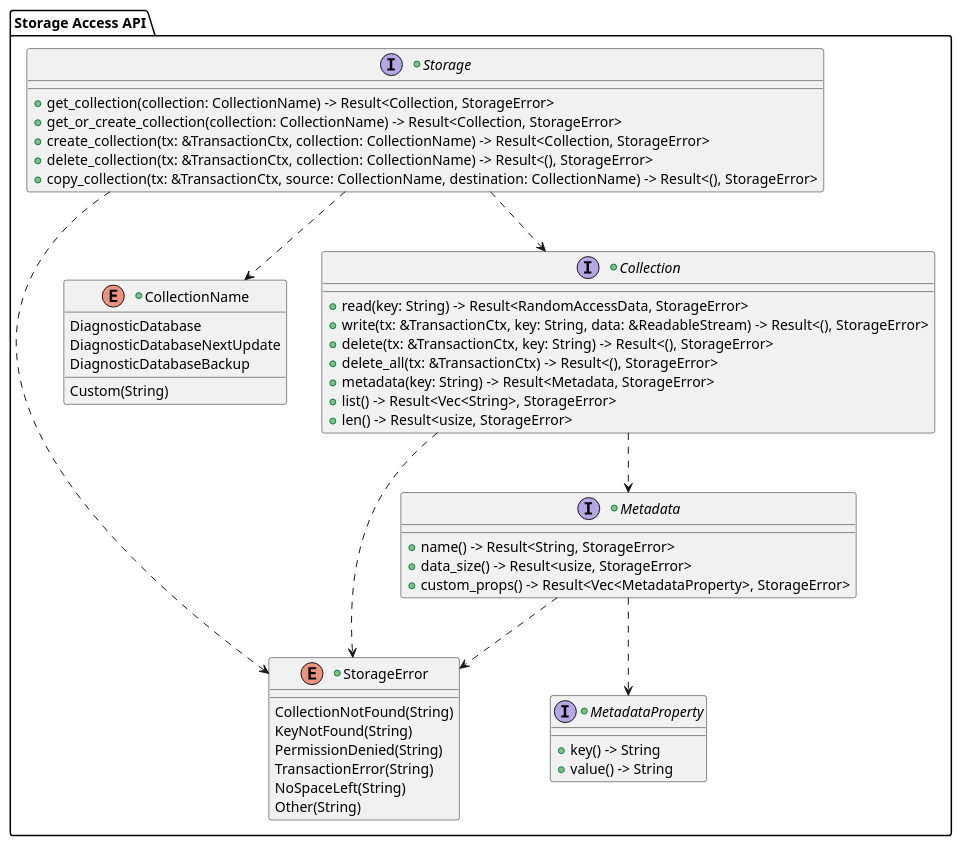
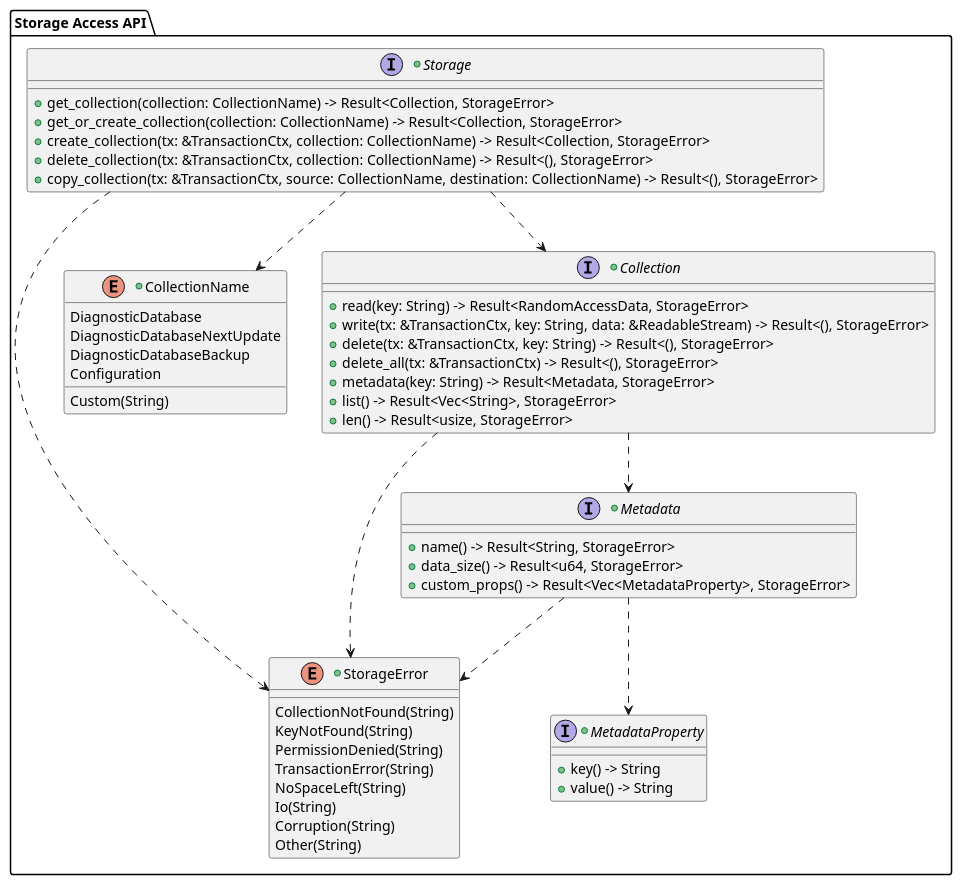
The first of 3 diagrams in docs/03_architecture/01_general.rst (eclipse-opensovd/classic-diagnostic-adapter), drawn with PlantUML before and after one commit. The commit also changed 171 other files, not shown here.

```diff
--- a/docs/03_architecture/01_general.rst
+++ b/docs/03_architecture/01_general.rst
@@ -30,58 +30,61 @@
     .. uml::
 
         @startuml
         package "Storage Access API" {
             +enum StorageError {
                 CollectionNotFound(String)
                 KeyNotFound(String)
                 PermissionDenied(String)
                 TransactionError(String)
                 NoSpaceLeft(String)
+                Io(String)
+                Corruption(String)
                 Other(String)
             }
 
             +enum CollectionName {
                 DiagnosticDatabase
                 DiagnosticDatabaseNextUpdate
                 DiagnosticDatabaseBackup
+                Configuration
                 Custom(String)
             }
 
             +interface Storage {
                 +get_collection(collection: CollectionName) -> Result<Collection, StorageError>
                 +get_or_create_collection(collection: CollectionName) -> Result<Collection, StorageError>
                 +create_collection(tx: &TransactionCtx, collection: CollectionName) -> Result<Collection, StorageError>
                 +delete_collection(tx: &TransactionCtx, collection: CollectionName) -> Result<(), StorageError>
                 +copy_collection(tx: &TransactionCtx, source: CollectionName, destination: CollectionName) -> Result<(), StorageError>
             }
 
             +interface Collection {
                 +read(key: String) -> Result<RandomAccessData, StorageError>
                 +write(tx: &TransactionCtx, key: String, data: &ReadableStream) -> Result<(), StorageError>
                 +delete(tx: &TransactionCtx, key: String) -> Result<(), StorageError>
                 +delete_all(tx: &TransactionCtx) -> Result<(), StorageError>
                 +metadata(key: String) -> Result<Metadata, StorageError>
                 +list() -> Result<Vec<String>, StorageError>
                 +len() -> Result<usize, StorageError>
             }
 
             +interface Metadata {
                 +name() -> Result<String, StorageError>
-                +data_size() -> Result<usize, StorageError>
+                +data_size() -> Result<u64, StorageError>
                 +custom_props() -> Result<Vec<MetadataProperty>, StorageError>
             }
 
             +interface MetadataProperty {
                 +key() -> String
                 +value() -> String
             }
 
             Storage ..> Collection
             Storage ..> CollectionName
             Collection ..> StorageError
             Collection ..> Metadata
             Storage ..> StorageError
             Metadata ..> StorageError
             Metadata ..> MetadataProperty
         }
         @enduml
```
